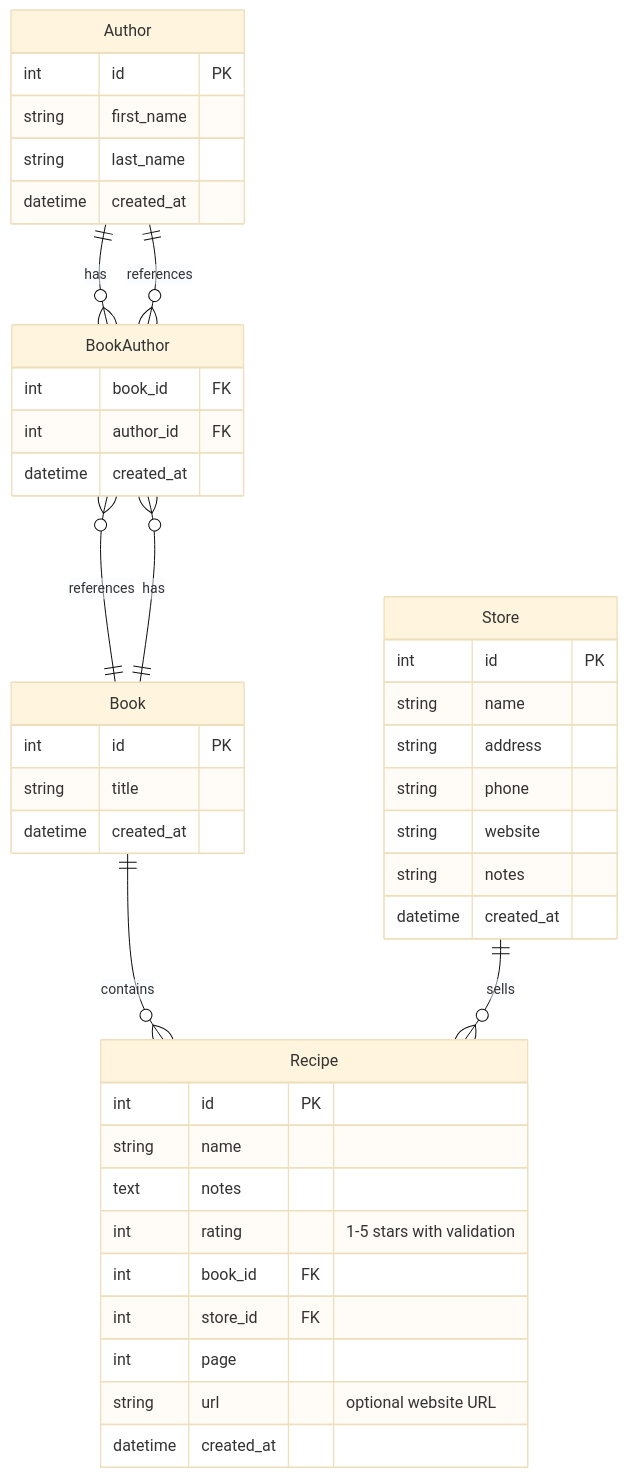
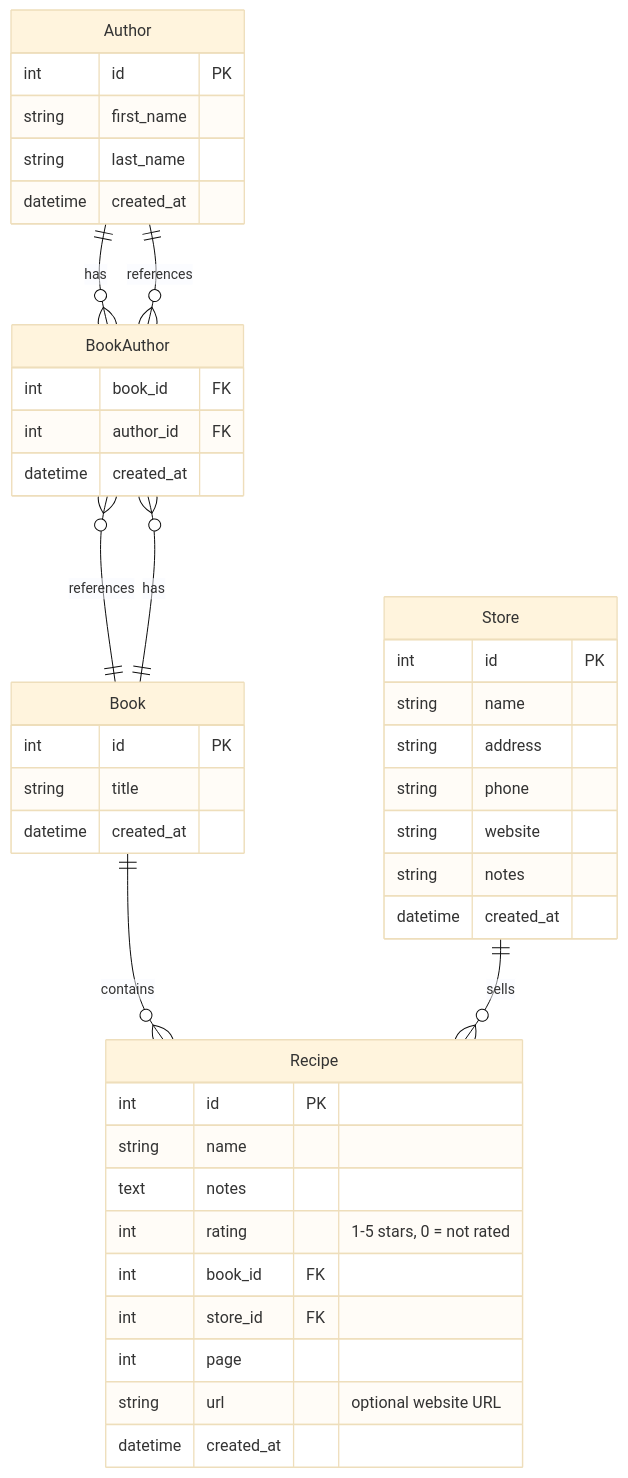
The diagram in docs/API.md (mongeon/RecettesIndex), drawn with Mermaid (base theme) before and after one commit. The commit also changed other lines of this file, not shown here.

First line of the commit message:
docs: update API reference for rating range, summaries and batch author loading

````diff
--- a/docs/API.md
+++ b/docs/API.md
@@ -161,50 +161,50 @@
 ```mermaid
 erDiagram
     Author ||--o{ BookAuthor : "has"
     Book ||--o{ BookAuthor : "has"
     BookAuthor }o--|| Author : "references"
     BookAuthor }o--|| Book : "references"
     Book ||--o{ Recipe : "contains"
     Store ||--o{ Recipe : "sells"
     
     Author {
         int id PK
         string first_name
         string last_name
         datetime created_at
     }
     
     Book {
         int id PK
         string title
         datetime created_at
     }
 
     BookAuthor {
         int book_id FK
         int author_id FK
         datetime created_at
     }
     
     Store {
         int id PK
         string name
         string address
         string phone
         string website
         string notes
         datetime created_at
     }
     
     Recipe {
         int id PK
         string name
         text notes
-        int rating "1-5 stars with validation"
+        int rating "1-5 stars, 0 = not rated"
         int book_id FK
         int store_id FK
         int page
         string url "optional website URL"
         datetime created_at
     }
 ```
````
